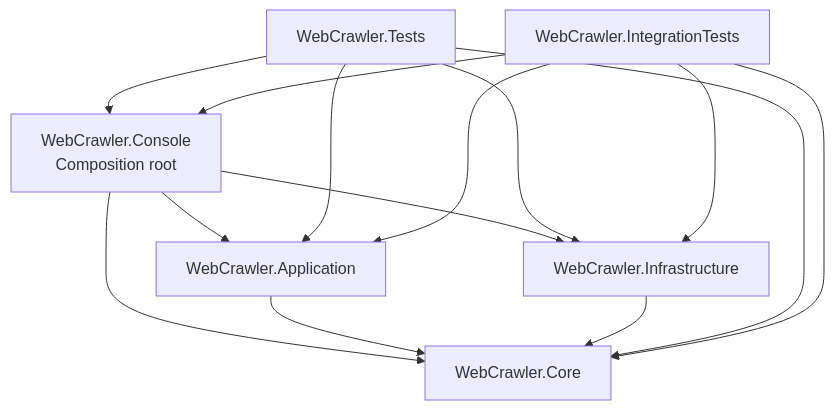
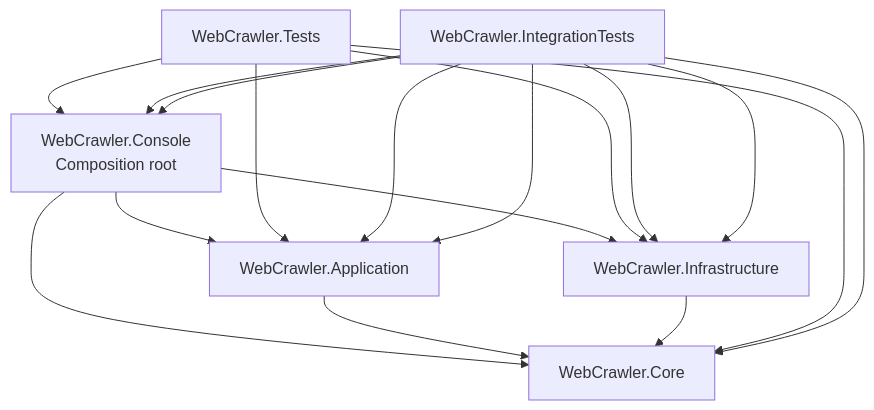
The first of 3 diagrams in Documentation/ARCHITECTURE.md (harshaniranawaka81/WebCrawler), drawn with Mermaid before and after one commit. The commit also changed other lines of this file and 39 other files, not shown here.

````diff
--- a/Documentation/ARCHITECTURE.md
+++ b/Documentation/ARCHITECTURE.md
@@ -13,16 +13,19 @@
 ```mermaid
 flowchart TD
     Console[WebCrawler.Console<br/>Composition root] --> Application[WebCrawler.Application]
     Console --> Infrastructure[WebCrawler.Infrastructure]
     Console --> Core[WebCrawler.Core]
     Application --> Core
     Infrastructure --> Core
     Tests[WebCrawler.Tests] --> Core
     Tests --> Application
     Tests --> Infrastructure
     Tests --> Console
     IntegrationTests[WebCrawler.IntegrationTests] --> Core
     IntegrationTests --> Application
     IntegrationTests --> Infrastructure
     IntegrationTests --> Console
+    IntegrationTests --> Application
+    IntegrationTests --> Infrastructure
+    IntegrationTests --> Console
 ```
````
